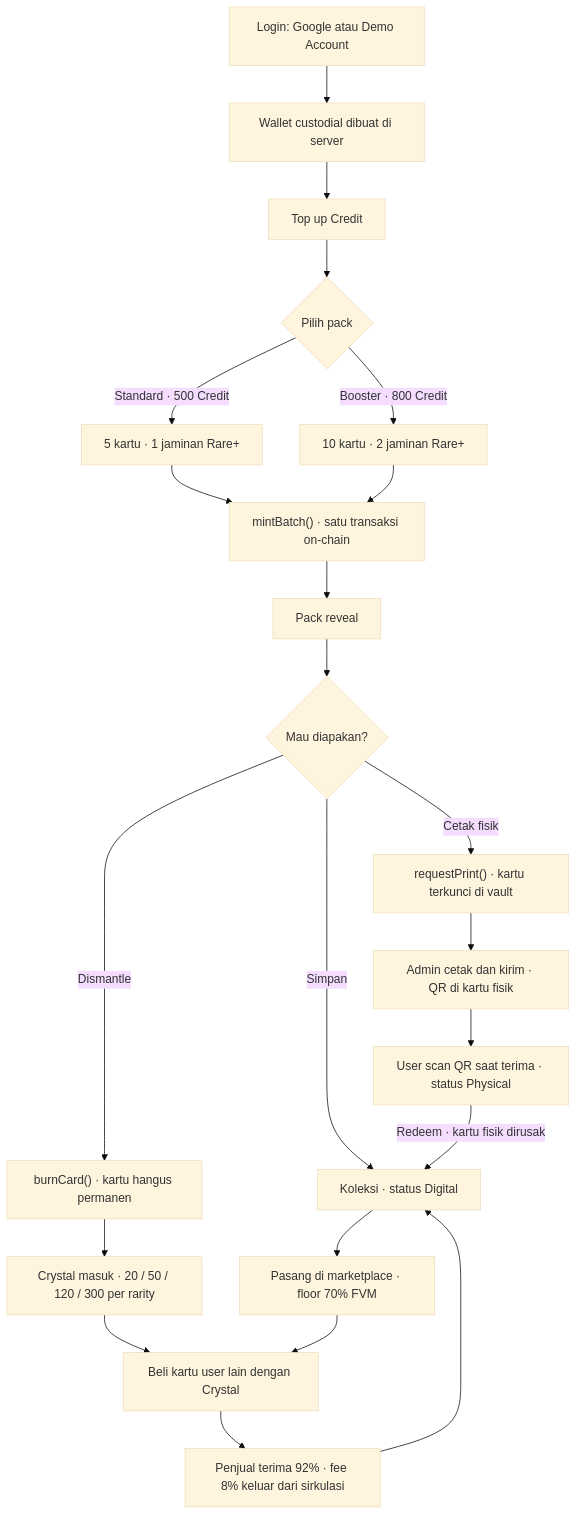
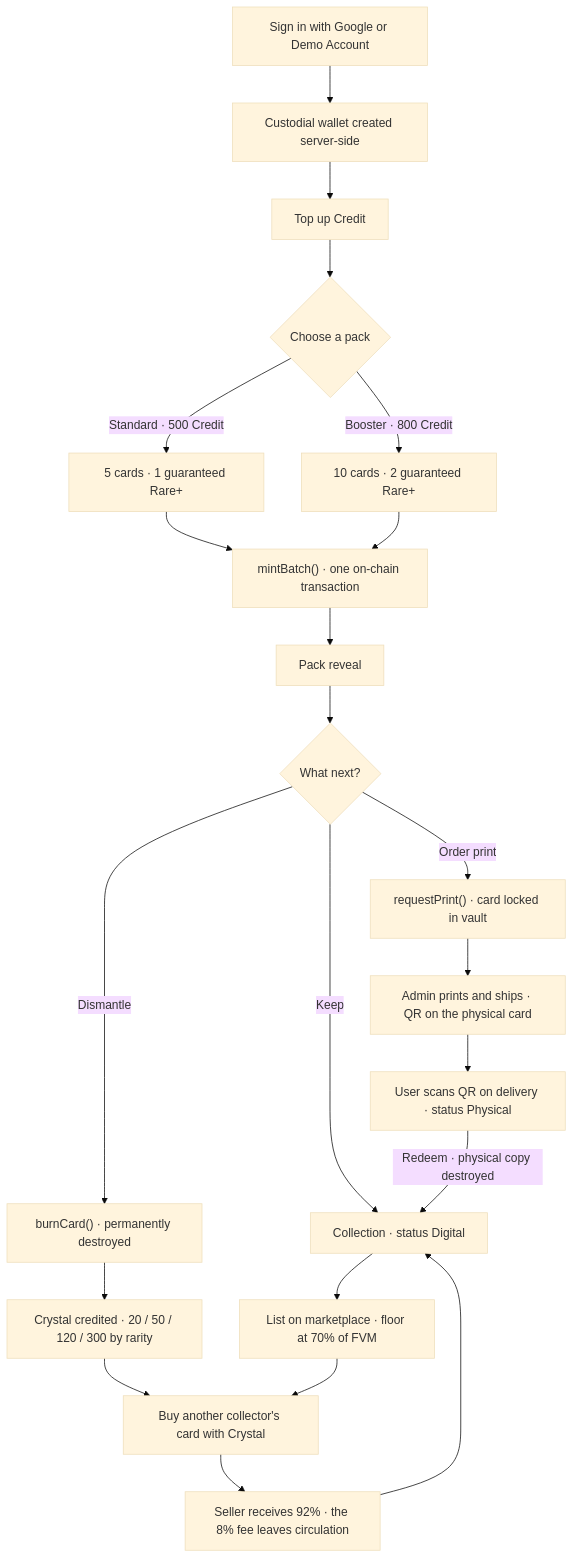
Before and after one commit to Gihasy/Gachard: the first of 4 diagrams in README.md, drawn with Mermaid (base theme). The commit also changed other lines of this file, not shown here.

````diff
--- a/README.md
+++ b/README.md
@@ -37,27 +37,27 @@
 ```mermaid
 flowchart TD
-    A["Login: Google atau Demo Account"] --> B["Wallet custodial dibuat di server"]
+    A["Sign in with Google or Demo Account"] --> B["Custodial wallet created server-side"]
     B --> C["Top up Credit"]
-    C --> D{"Pilih pack"}
-    D -->|"Standard · 500 Credit"| E["5 kartu · 1 jaminan Rare+"]
-    D -->|"Booster · 800 Credit"| F["10 kartu · 2 jaminan Rare+"]
-    E --> G["mintBatch() · satu transaksi on-chain"]
+    C --> D{"Choose a pack"}
+    D -->|"Standard · 500 Credit"| E["5 cards · 1 guaranteed Rare+"]
+    D -->|"Booster · 800 Credit"| F["10 cards · 2 guaranteed Rare+"]
+    E --> G["mintBatch() · one on-chain transaction"]
     F --> G
     G --> H["Pack reveal"]
-    H --> I{"Mau diapakan?"}
+    H --> I{"What next?"}
 
-    I -->|"Simpan"| J["Koleksi · status Digital"]
-    I -->|"Dismantle"| K["burnCard() · kartu hangus permanen"]
-    I -->|"Cetak fisik"| L["requestPrint() · kartu terkunci di vault"]
+    I -->|"Keep"| J["Collection · status Digital"]
+    I -->|"Dismantle"| K["burnCard() · permanently destroyed"]
+    I -->|"Order print"| L["requestPrint() · card locked in vault"]
 
-    K --> M["Crystal masuk · 20 / 50 / 120 / 300 per rarity"]
-    L --> N["Admin cetak dan kirim · QR di kartu fisik"]
-    N --> O["User scan QR saat terima · status Physical"]
-    O -->|"Redeem · kartu fisik dirusak"| J
+    K --> M["Crystal credited · 20 / 50 / 120 / 300 by rarity"]
+    L --> N["Admin prints and ships · QR on the physical card"]
+    N --> O["User scans QR on delivery · status Physical"]
+    O -->|"Redeem · physical copy destroyed"| J
 
-    J --> P["Pasang di marketplace · floor 70% FVM"]
-    M --> Q["Beli kartu user lain dengan Crystal"]
+    J --> P["List on marketplace · floor at 70% of FVM"]
+    M --> Q["Buy another collector's card with Crystal"]
     P --> Q
-    Q --> R["Penjual terima 92% · fee 8% keluar dari sirkulasi"]
+    Q --> R["Seller receives 92% · the 8% fee leaves circulation"]
     R --> J
 ```
````
